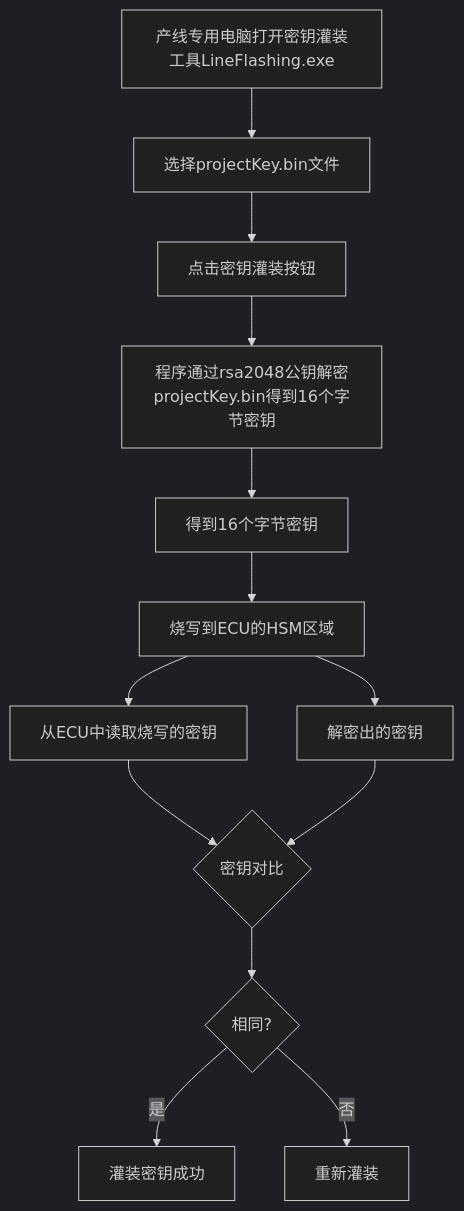
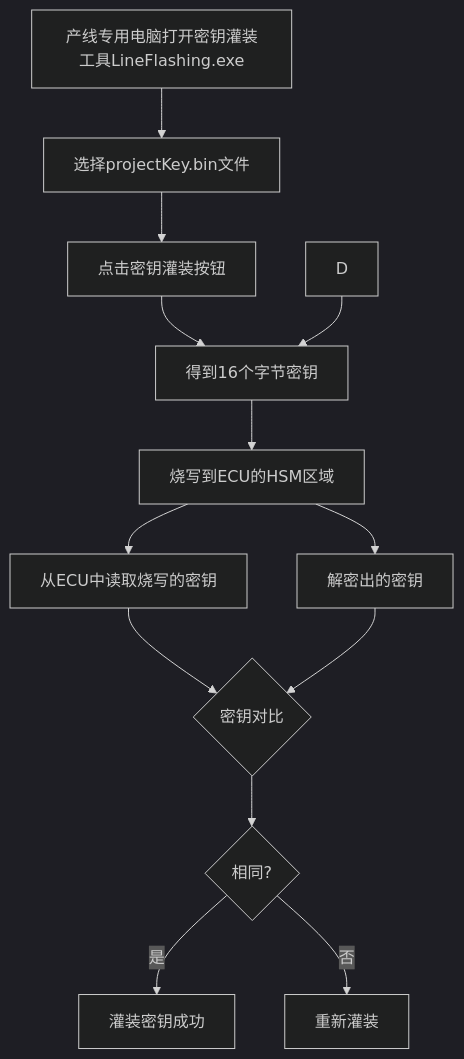
The diagram in all/未命名-5.md (facebook-cloud/iodraw-files), drawn with Mermaid (dark theme) before and after one commit.

Commit message:
2026-01-05 17:22:40 update

````diff
--- a/all/未命名-5.md
+++ b/all/未命名-5.md
@@ -1,16 +1,16 @@
 ```mermaid
 graph TD
     A[产线专用电脑打开密钥灌装工具LineFlashing.exe] --> B[选择projectKey.bin文件]
     B --> C[点击密钥灌装按钮]
-    C --> D[程序通过rsa2048公钥解密projectKey.bin得到16个字节密钥]
+    C --> E[程序通过rsa2048公钥解密projectKey.bin得到16个字节密钥]
     D --> E[得到16个字节密钥]
     E --> F[烧写到ECU的HSM区域]
     F --> G[从ECU中读取烧写的密钥]
     F --> H[解密出的密钥]
     G --> I{密钥对比}
     H --> I
     I --> J{相同?}
     J -- 是 --> K[灌装密钥成功]
     J -- 否 --> L[重新灌装]
 
 ```
````
